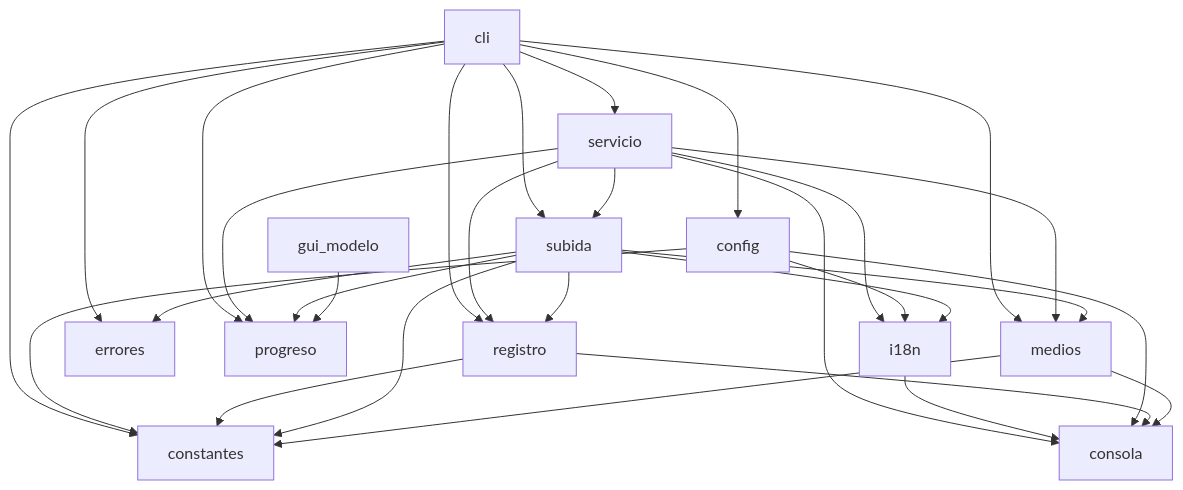
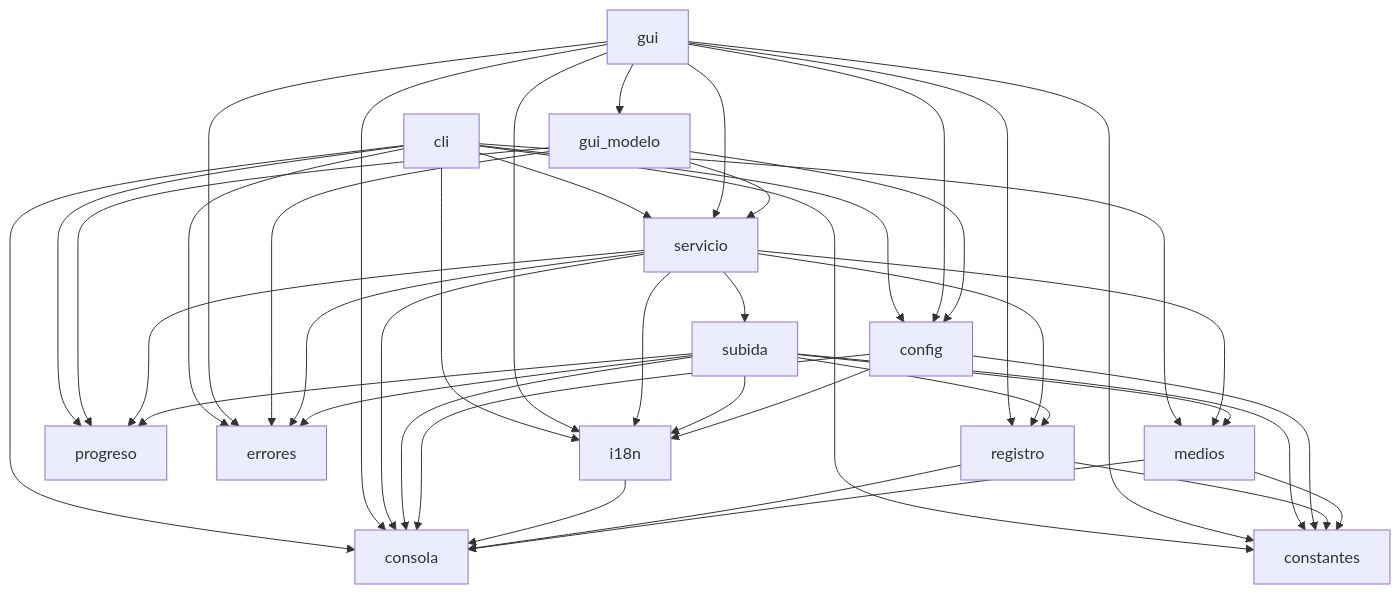
The first of 2 diagrams in ARQUITECTURA.md (al3xFight/telegram-uploader), drawn with Mermaid before and after one commit. The commit also changed other lines of this file and 5 other files, not shown here.

````diff
--- a/ARQUITECTURA.md
+++ b/ARQUITECTURA.md
@@ -36,32 +36,45 @@
 ```mermaid
 flowchart TD
     cli --> config
-    cli --> subida
+    cli --> servicio
     cli --> medios
-    cli --> registro
+    cli --> progreso
     cli --> errores
+    cli --> i18n
+    cli --> consola
     cli --> constantes
-    cli --> progreso
-    cli --> servicio
+    gui --> gui_modelo
+    gui --> servicio
+    gui --> config
+    gui --> registro
+    gui --> errores
+    gui --> i18n
+    gui --> consola
+    gui --> constantes
+    gui_modelo --> servicio
+    gui_modelo --> config
+    gui_modelo --> progreso
+    gui_modelo --> errores
     servicio --> subida
     servicio --> medios
     servicio --> registro
     servicio --> progreso
+    servicio --> errores
     servicio --> i18n
     servicio --> consola
-    config --> i18n
     subida --> medios
     subida --> registro
+    subida --> progreso
+    subida --> errores
     subida --> i18n
-    subida --> errores
-    subida --> progreso
-    gui_modelo --> progreso
+    subida --> consola
+    subida --> constantes
+    config --> i18n
+    config --> consola
+    config --> constantes
     i18n --> consola
-    config --> consola
     registro --> consola
+    registro --> constantes
     medios --> consola
-    config --> constantes
-    registro --> constantes
-    subida --> constantes
     medios --> constantes
 ```
````
